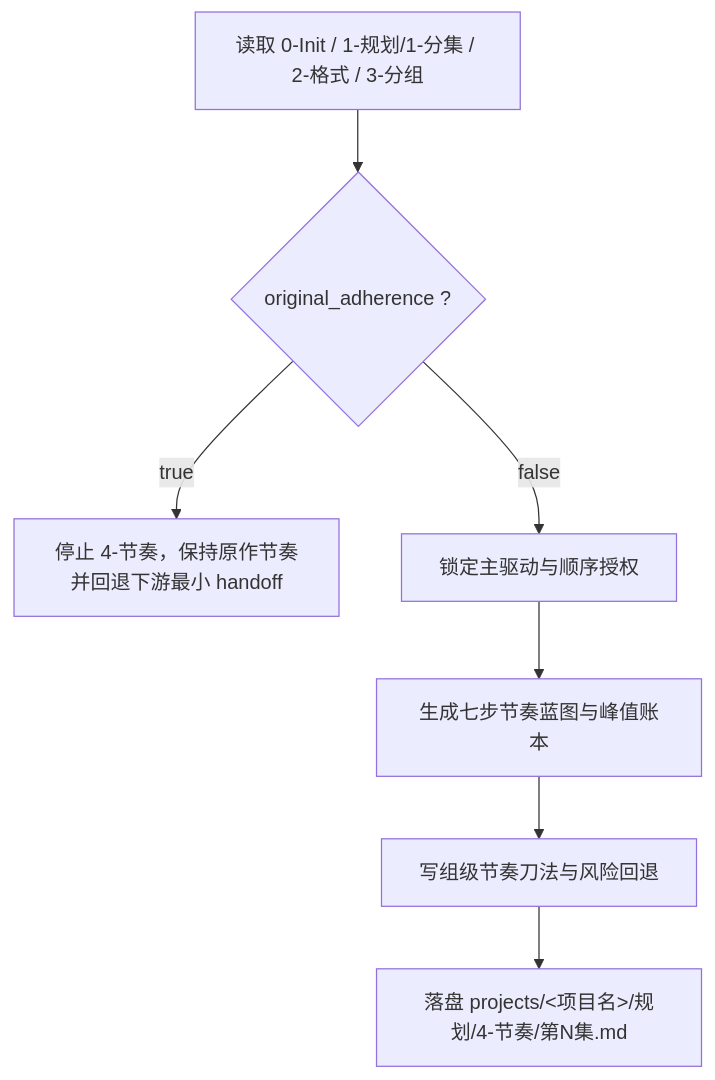
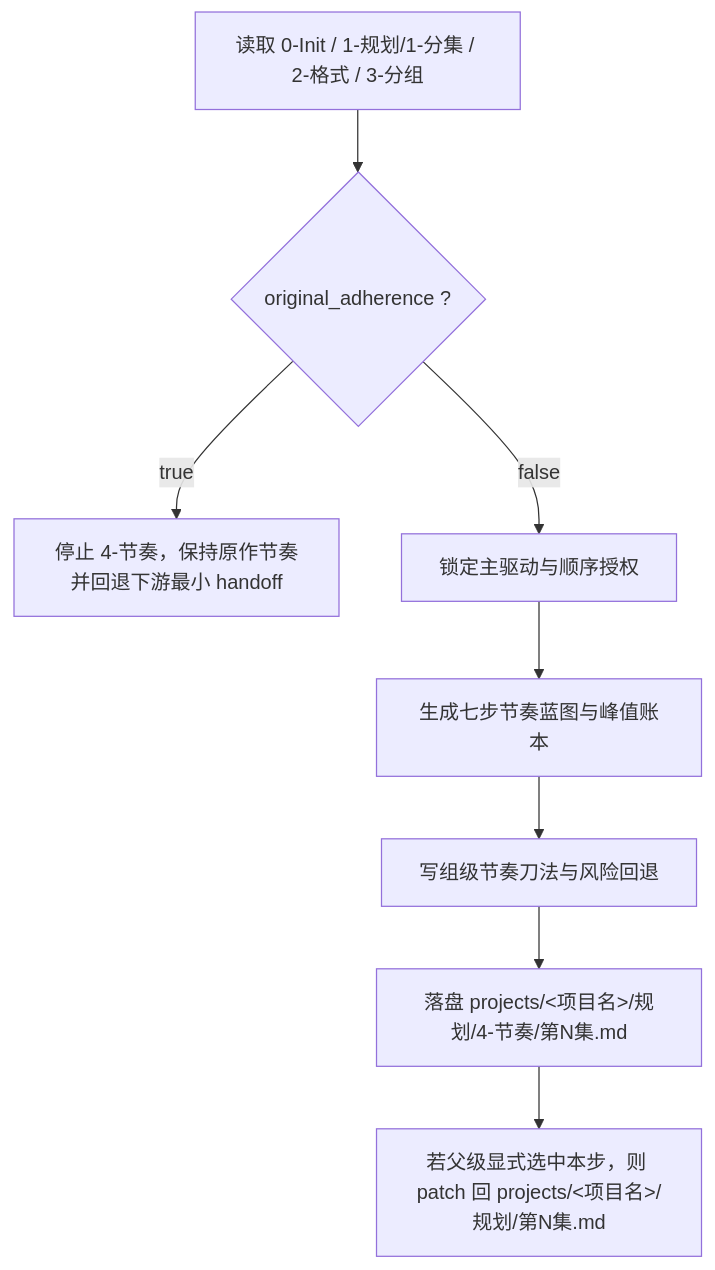
Before and after one commit to ZEN-VOID/AI-CUT: the diagram in .agents/skills/aigc/1-规划/subtypes/4-节奏/SKILL.md, drawn with Mermaid. The commit also changed other lines of this file and 54 other files, not shown here.

````diff
--- a/.agents/skills/aigc/1-规划/subtypes/4-节奏/SKILL.md
+++ b/.agents/skills/aigc/1-规划/subtypes/4-节奏/SKILL.md
@@ -53,9 +53,10 @@
 ```mermaid
 flowchart TD
     A["读取 0-Init / 1-规划/1-分集 / 2-格式 / 3-分组"] --> B{"original_adherence ?"}
     B -->|"true"| C["停止 4-节奏，保持原作节奏并回退下游最小 handoff"]
     B -->|"false"| D["锁定主驱动与顺序授权"]
     D --> E["生成七步节奏蓝图与峰值账本"]
     E --> F["写组级节奏刀法与风险回退"]
     F --> G["落盘 projects/<项目名>/规划/4-节奏/第N集.md"]
+    G --> H["若父级显式选中本步，则 patch 回 projects/<项目名>/规划/第N集.md"]
 ```
````
